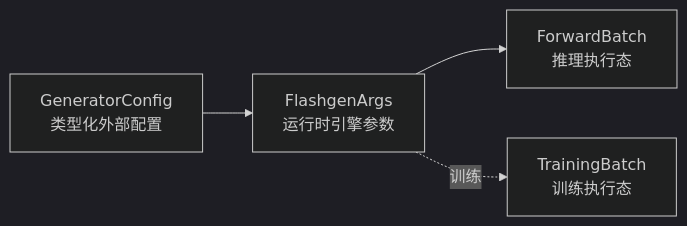
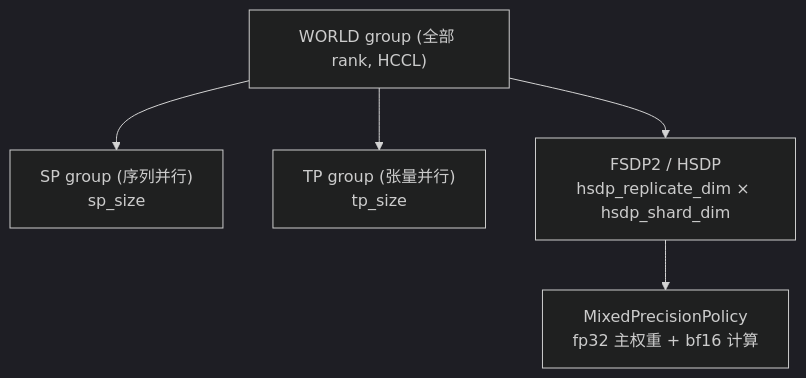
One commit to Huangzjun/FlashGen changed the tenth of 11 diagrams in docs/架构设计.md. Above: the diagram before and after it, drawn with Mermaid (dark theme). The commit also changed other lines of this file and 82 other files, not shown here.

````diff
--- a/docs/架构设计.md
+++ b/docs/架构设计.md
@@ -789,6 +555,8 @@
 ```mermaid
-flowchart LR
-    GC["GeneratorConfig<br/>类型化外部配置"] --> FA["FlashgenArgs<br/>运行时引擎参数"]
-    FA --> FB["ForwardBatch<br/>推理执行态"]
-    FA -.训练.-> TB["TrainingBatch<br/>训练执行态"]
+flowchart TD
+    WORLD["WORLD group (全部 rank, HCCL)"]
+    WORLD --> SP["SP group (序列并行)<br/>sp_size"]
+    WORLD --> TP["TP group (张量并行)<br/>tp_size"]
+    WORLD --> FSDP["FSDP2 / HSDP<br/>hsdp_replicate_dim × hsdp_shard_dim"]
+    FSDP --> MP["MixedPrecisionPolicy<br/>fp32 主权重 + bf16 计算"]
 ```
````
